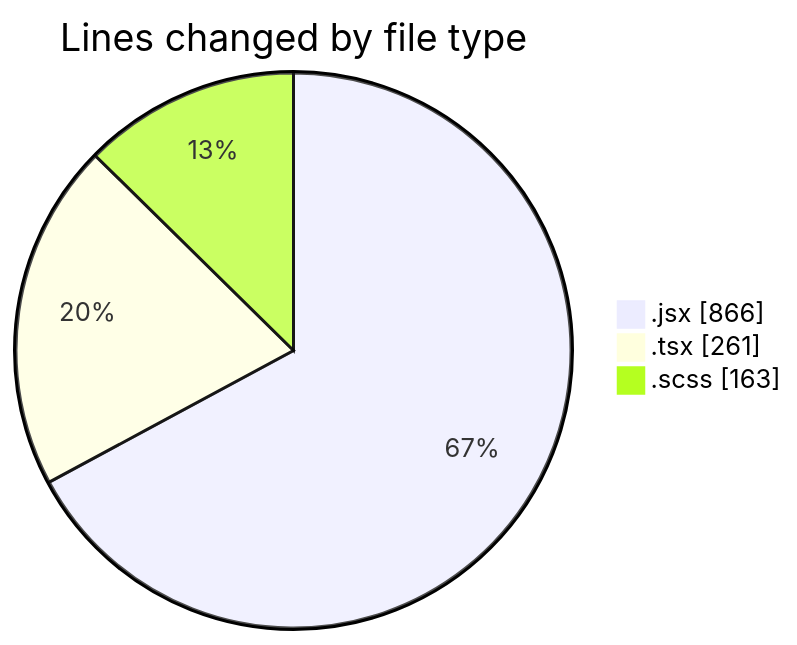
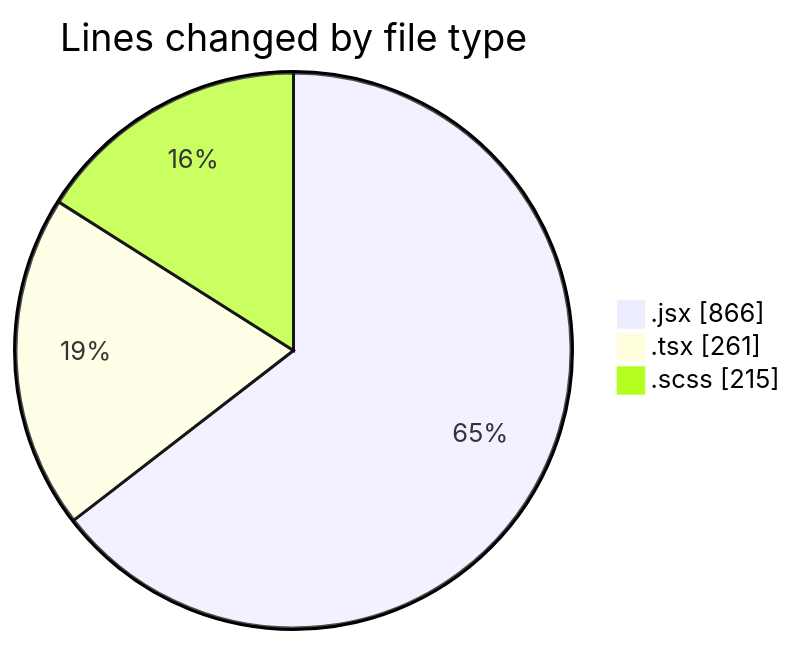
One commit to momahboobian/code-tracking changed the first of 2 diagrams in 2026-02-11/cda/README.md. Above: the diagram before and after it, drawn with Mermaid. The commit also changed other lines of this file and 1 other file, not shown here.

````diff
--- a/2026-02-11/cda/README.md
+++ b/2026-02-11/cda/README.md
@@ -25,7 +25,7 @@
 ```mermaid
 pie showData
 title Lines changed by file type
 ".jsx" : 866
 ".tsx" : 261
-".scss" : 163
+".scss" : 215
 ```
````
